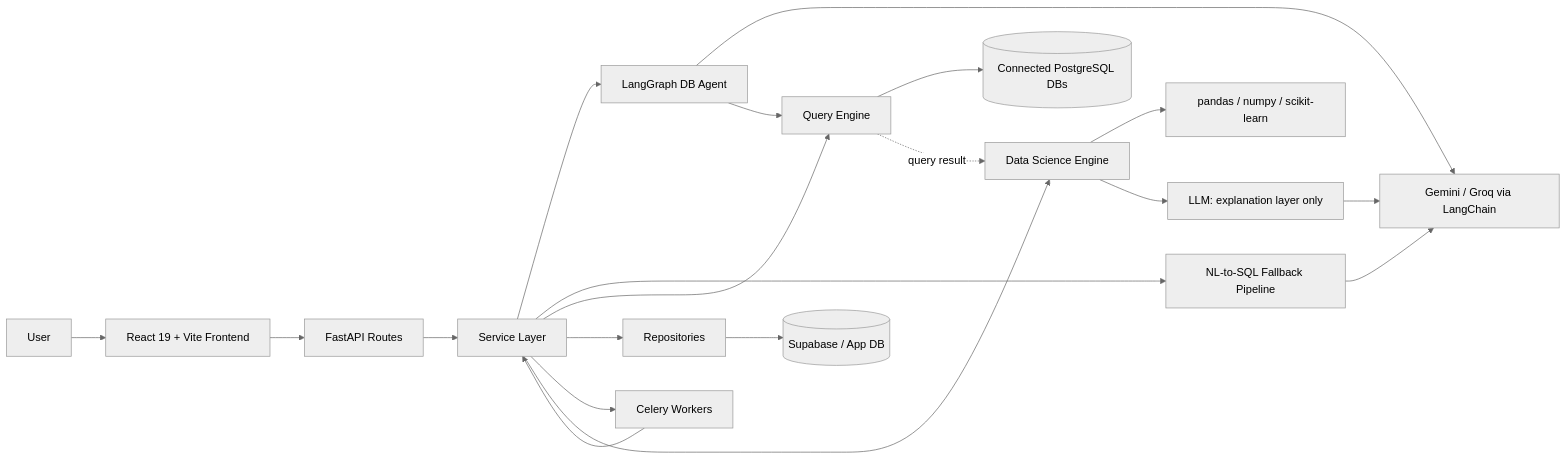
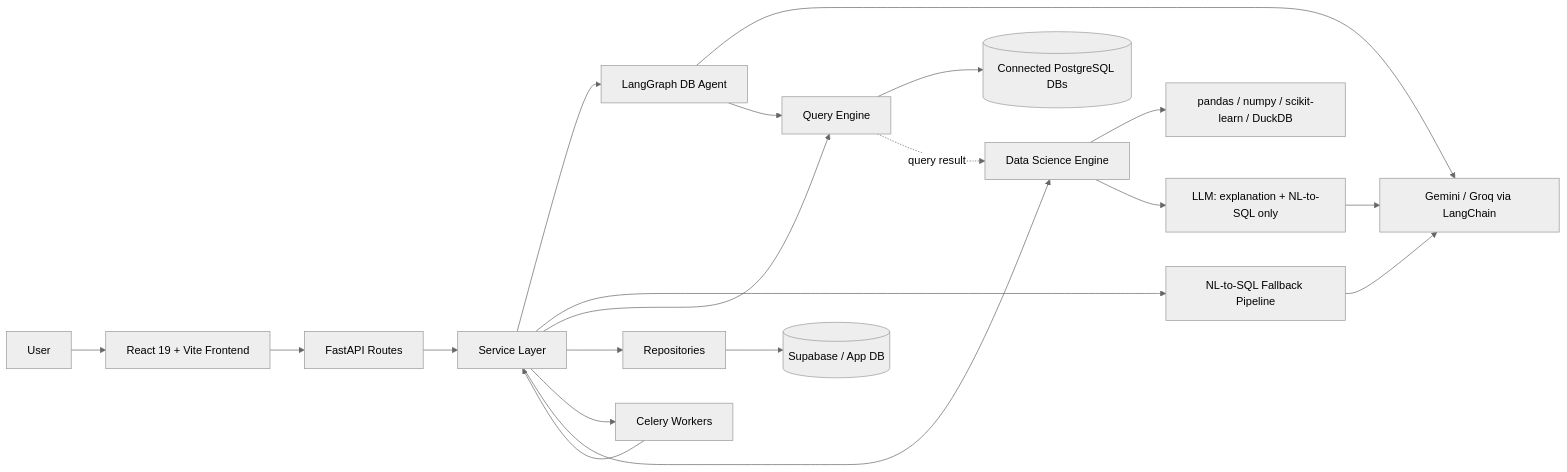
Before and after one commit to suhani-chauhan/InsightAi: the diagram in README.md, drawn with Mermaid (neutral theme). The commit also changed other lines of this file, not shown here.

````diff
--- a/README.md
+++ b/README.md
@@ -163,24 +155,24 @@
 ```mermaid
 flowchart LR
     U[User] --> FE[React 19 + Vite Frontend]
     FE --> API[FastAPI Routes]
 
     API --> SVC[Service Layer]
     SVC --> AGENT[LangGraph DB Agent]
     SVC --> PIPE[NL-to-SQL Fallback Pipeline]
     SVC --> QE[Query Engine]
     SVC --> REPO[Repositories]
     SVC --> WORKERS[Celery Workers]
     SVC --> DS[Data Science Engine]
 
-    DS --> PANDAS[pandas / numpy / scikit-learn]
-    DS --> LLMX[LLM: explanation layer only]
+    DS --> PANDAS[pandas / numpy / scikit-learn / DuckDB]
+    DS --> LLMX[LLM: explanation + NL-to-SQL only]
     AGENT --> LLM[Gemini / Groq via LangChain]
     PIPE --> LLM
     LLMX --> LLM
     AGENT --> QE
     QE --> EXTDB[(Connected PostgreSQL DBs)]
     QE -. query result .-> DS
     REPO --> SB[(Supabase / App DB)]
     WORKERS --> SVC
 ```
````
